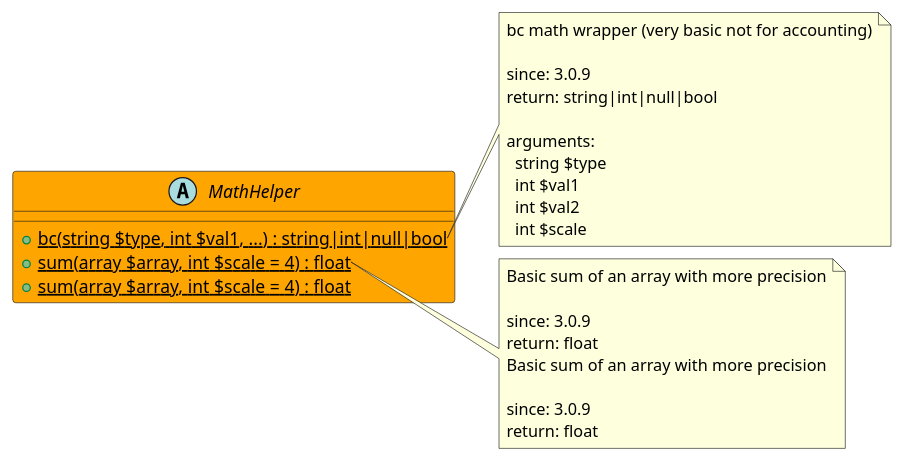
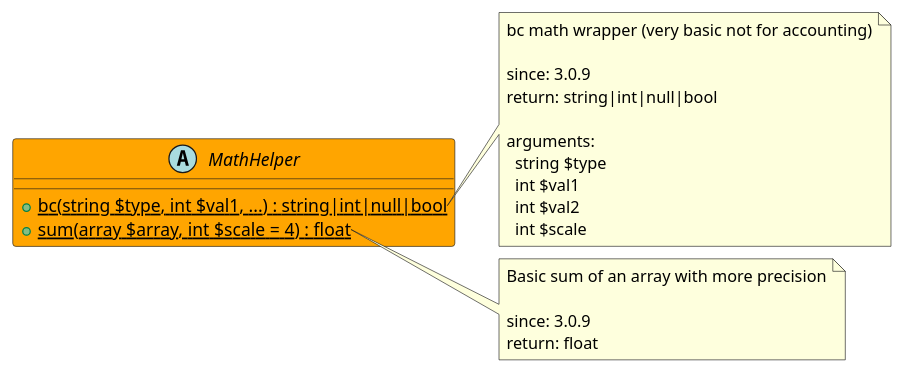
Before and after one commit to joomengine/super-powers: the diagram in src/152c8793-8b75-4715-996a-257b9f65451c/README.md, drawn with PlantUML. The commit also changed 2 other files, not shown here.

Commit message:
update 2023-08-18 07:57:37

````diff
--- a/src/152c8793-8b75-4715-996a-257b9f65451c/README.md
+++ b/src/152c8793-8b75-4715-996a-257b9f65451c/README.md
@@ -11,34 +11,29 @@
 ```uml
 @startuml
 abstract MathHelper  #Orange {
   + {static} bc(string $type, int $val1, ...) : string|int|null|bool
-  + {static} sum(array $array, int $scale = 4) : float
   + {static} sum(array $array, int $scale = 4) : float
 }
 
 note right of MathHelper::bc
   bc math wrapper (very basic not for accounting)
 
   since: 3.0.9
   return: string|int|null|bool
   
   arguments:
     string $type
     int $val1
     int $val2
     int $scale
 end note
 
 note right of MathHelper::sum
   Basic sum of an array with more precision
 
   since: 3.0.9
   return: float
-  Basic sum of an array with more precision
-
-  since: 3.0.9
-  return: float
 end note
  
 @enduml
 ```
````
